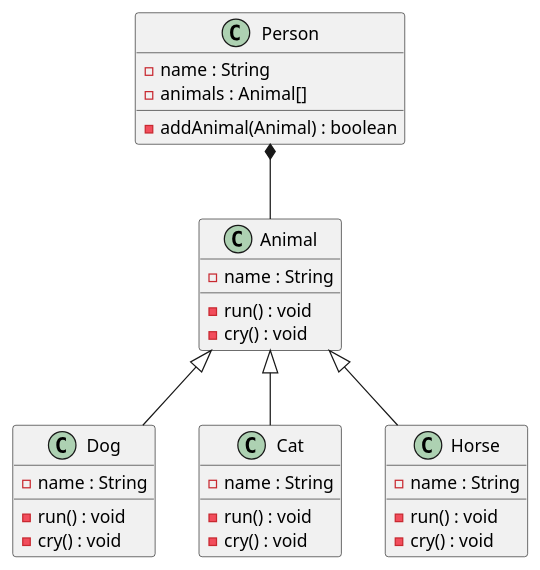
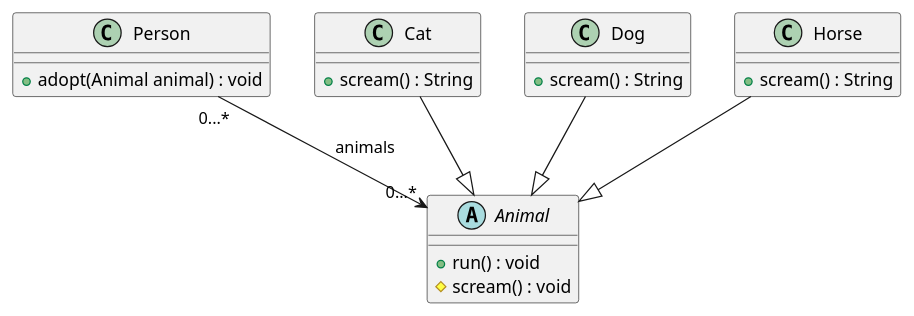
One commit to Sabibou/Cours_L2_Info changed the third of 4 diagrams in POO/TD/TD3/pdn.md. Above: the diagram before and after it, drawn with PlantUML. The commit also changed other lines of this file, not shown here.

Commit message:
New OOP course in class (Vehicle and Animal)

````diff
--- a/POO/TD/TD3/pdn.md
+++ b/POO/TD/TD3/pdn.md
@@ -157,36 +228,33 @@
 ```plantuml
 @startuml
+
 class Person {
-    -name : String
-    -animals : Animal[]
-    -addAnimal(Animal) : boolean
+    + adopt(Animal animal) : void
 }
-class Animal {
-    -name : String
-    -run() : void
-    -cry() : void
+
+abstract Animal {
+    + run() : void
+    # scream() : void
 }
+
+class Cat {
+    + scream() : String
+}
+
 class Dog {
-    -name : String
-    -run() : void
-    -cry() : void
+    + scream() : String
 }
-class Cat {
-    -name : String
-    -run() : void
-    -cry() : void
+
+class Horse {
+    + scream() : String
 }
-class Horse {
-    -name : String
-    -run() : void
-    -cry() : void
-}
-' Un animal peut courir et crier
-Animal <|-- Dog
-Animal <|-- Cat
-Animal <|-- Horse
-' Une personne peut posséder des animaux domestiques
-Person *-- Animal
+
+Horse --|> Animal
+Cat --|> Animal
+Dog --|> Animal
+
+
+Person "0...*" --> "0...*" Animal : animals
 
 @enduml
 ```
````
